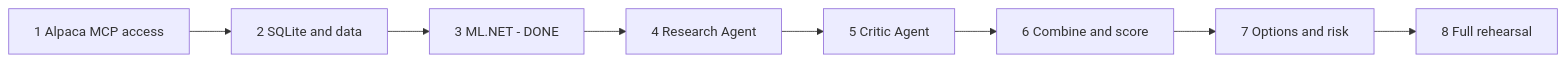
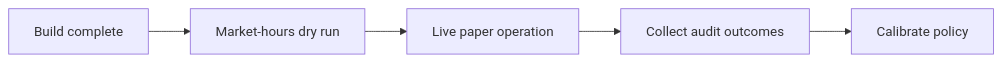
Before and after one commit to xakpc/Alpaca.NoIdea: the diagram in .lode/plans/mvp-roadmap.md, drawn with Mermaid. The commit also changed other lines of this file and 99 other files, not shown here.

````diff
--- a/.lode/plans/mvp-roadmap.md
+++ b/.lode/plans/mvp-roadmap.md
@@ -13,10 +6,7 @@
 ```mermaid
 flowchart LR
-    P1[1 Alpaca MCP access] --> P2[2 SQLite and data]
-    P2 --> P3[3 ML.NET - DONE]
-    P3 --> P4[4 Research Agent]
-    P4 --> P5[5 Critic Agent]
-    P5 --> P6[6 Combine and score]
-    P6 --> P7[7 Options and risk]
-    P7 --> P8[8 Full rehearsal]
+    B[Build complete] --> D[Market-hours dry run]
+    D --> L[Live paper operation]
+    L --> E[Collect audit outcomes]
+    E --> C[Calibrate policy]
 ```
````
